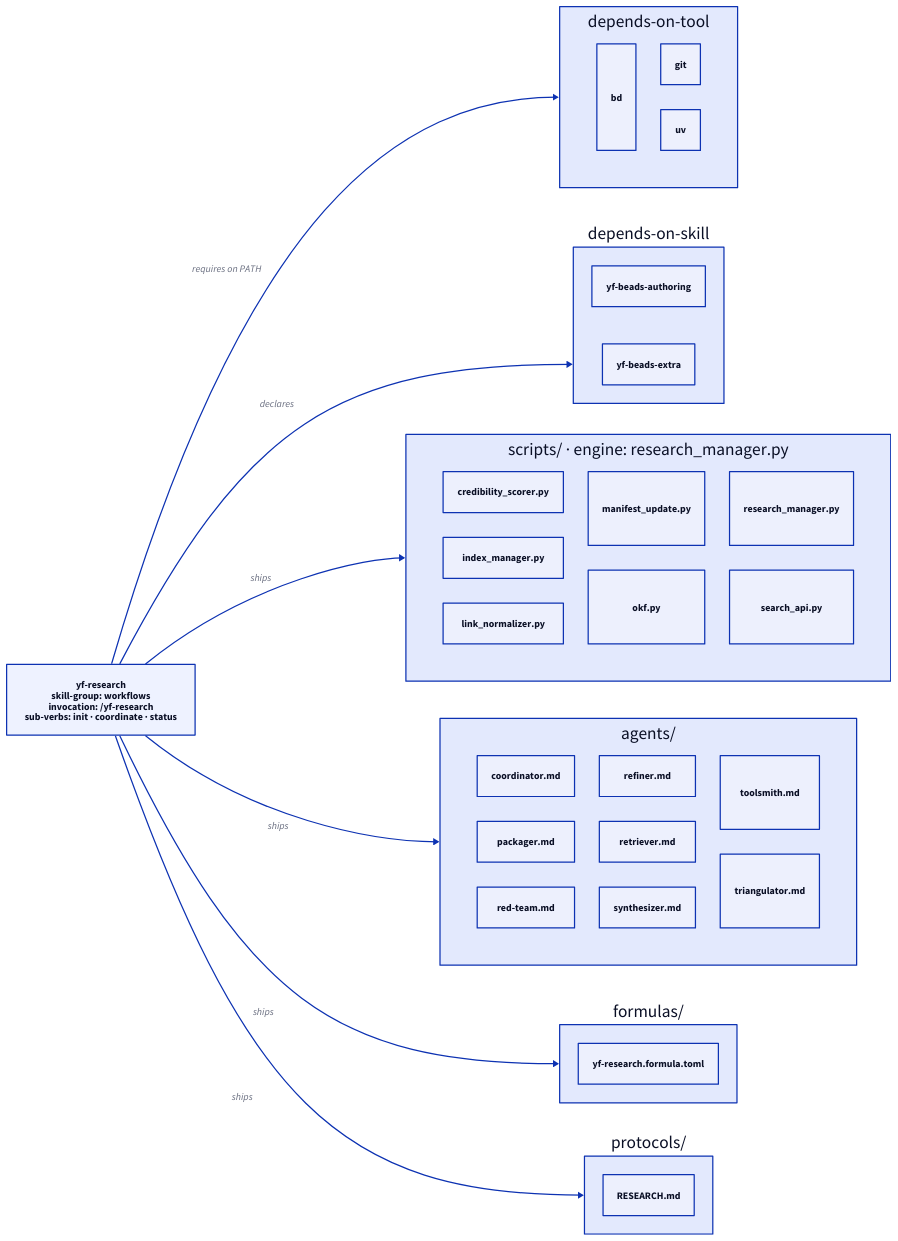
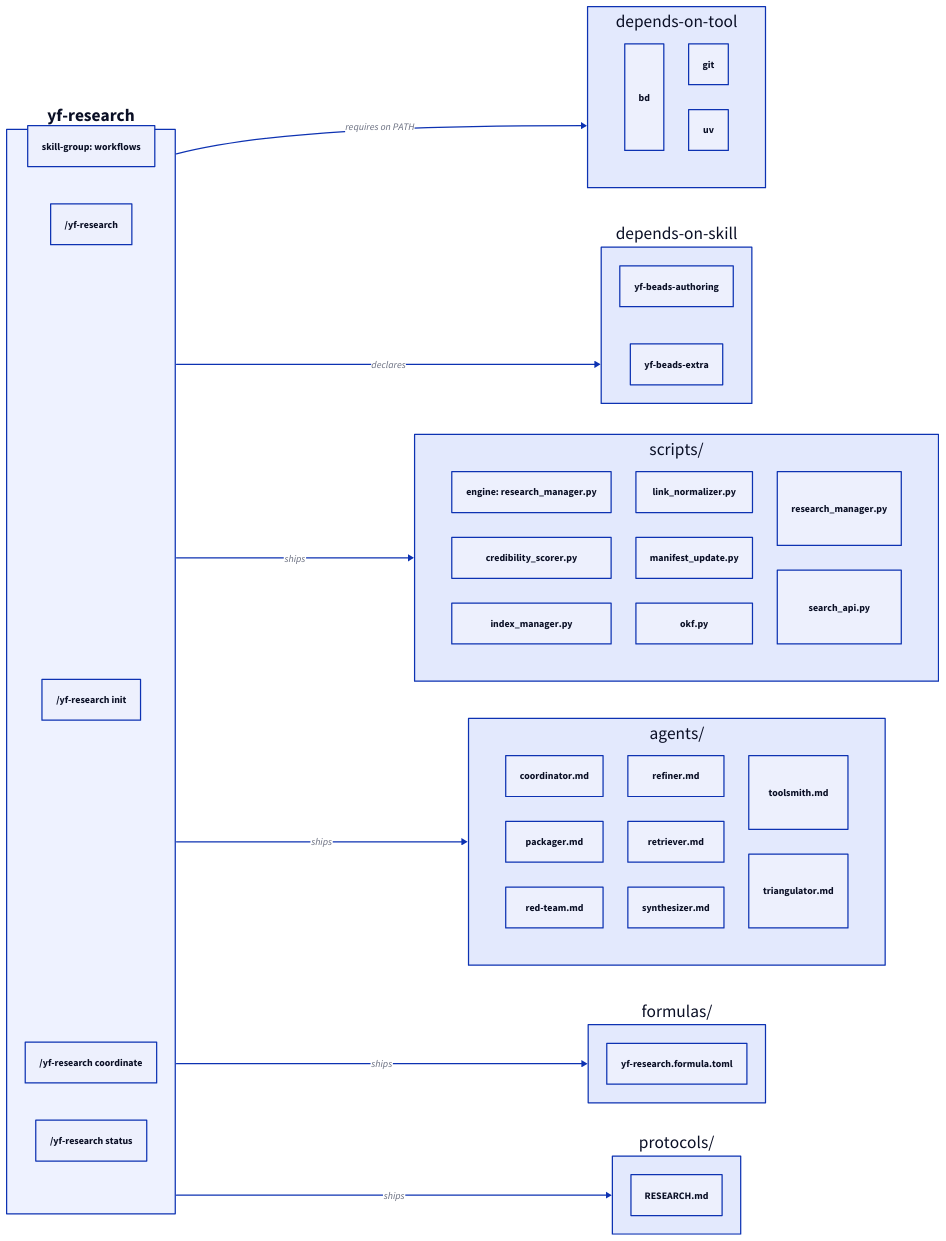
Before and after one commit to dixson3/yoshiko-flow: the diagram in web/content/images/skills/yf-research.d2, drawn with D2. The commit also changed 46 other files, not shown here.

First line of the commit message:
plan-067 Epic 7 (7.0-7.7): the diagram restyle

```diff
--- a/web/content/images/skills/yf-research.d2
+++ b/web/content/images/skills/yf-research.d2
@@ -1,71 +1,76 @@
 # GENERATED by web/plugins/skill_diagrams.py — DO NOT EDIT BY HAND.
 # Regenerate: uv run web/plugins/skill_diagrams.py
 # Verify:     uv run web/plugins/skill_diagrams.py --check
 # Source of truth: skills/yf-research/SKILL.md frontmatter + directory listings,
 # read through web/plugins/skill_model.py — the SAME reader the site page uses.
 # nodes=10 edges=9 (threshold: nodes >= 5)
 direction: right
 
 yf_research: {
-  label: "yf-research\nskill-group: workflows\ninvocation: /yf-research\nsub-verbs: init · coordinate · status"
-  shape: rectangle
+  label: "yf-research"
   style.fill: "#eef2ff"
   style.bold: true
+  group: "skill-group: workflows"
+  invocation: "/yf-research"
+  verb_init: "/yf-research init"
+  verb_coordinate: "/yf-research coordinate"
+  verb_status: "/yf-research status"
 }
 
 tools: {
   label: "depends-on-tool"
   grid-columns: 2
   bd: "bd"
   git: "git"
   uv: "uv"
 }
 
 deps: {
   label: "depends-on-skill"
   # single column
   yf_beads_authoring: "yf-beads-authoring"
   yf_beads_extra: "yf-beads-extra"
 }
 
 scripts: {
-  label: "scripts/ · engine: research_manager.py"
+  label: "scripts/"
+  engine: "engine: research_manager.py"
   grid-columns: 3
   credibility_scorer_py: "credibility_scorer.py"
   index_manager_py: "index_manager.py"
   link_normalizer_py: "link_normalizer.py"
   manifest_update_py: "manifest_update.py"
   okf_py: "okf.py"
   research_manager_py: "research_manager.py"
   search_api_py: "search_api.py"
 }
 
 agents: {
   label: "agents/"
   grid-columns: 3
   coordinator_md: "coordinator.md"
   packager_md: "packager.md"
   red_team_md: "red-team.md"
   refiner_md: "refiner.md"
   retriever_md: "retriever.md"
   synthesizer_md: "synthesizer.md"
   toolsmith_md: "toolsmith.md"
   triangulator_md: "triangulator.md"
 }
 
 formulas: {
   label: "formulas/"
   yf_research_formula_toml: "yf-research.formula.toml"
 }
 
 protocols: {
   label: "protocols/"
   RESEARCH_md: "RESEARCH.md"
 }
 
 yf_research -> tools: "requires on PATH"
 yf_research -> deps: "declares"
 yf_research -> scripts: "ships"
 yf_research -> agents: "ships"
 yf_research -> formulas: "ships"
 yf_research -> protocols: "ships"
```
